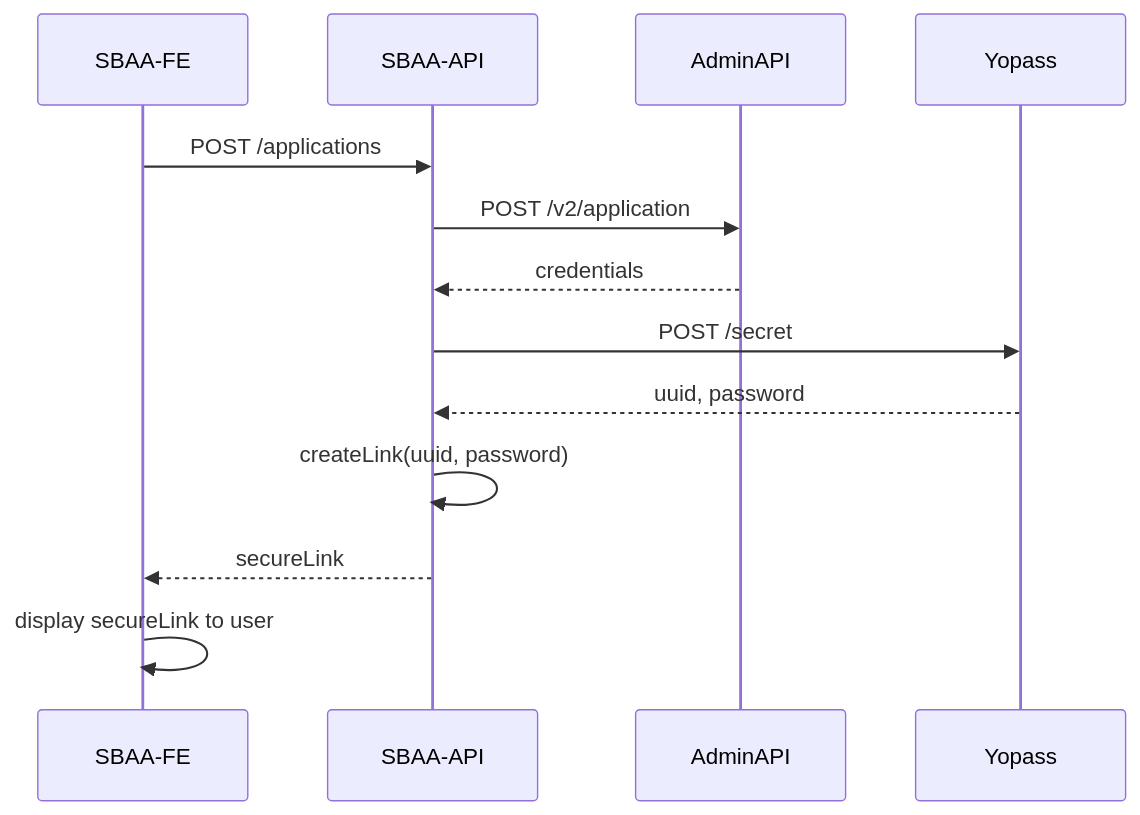
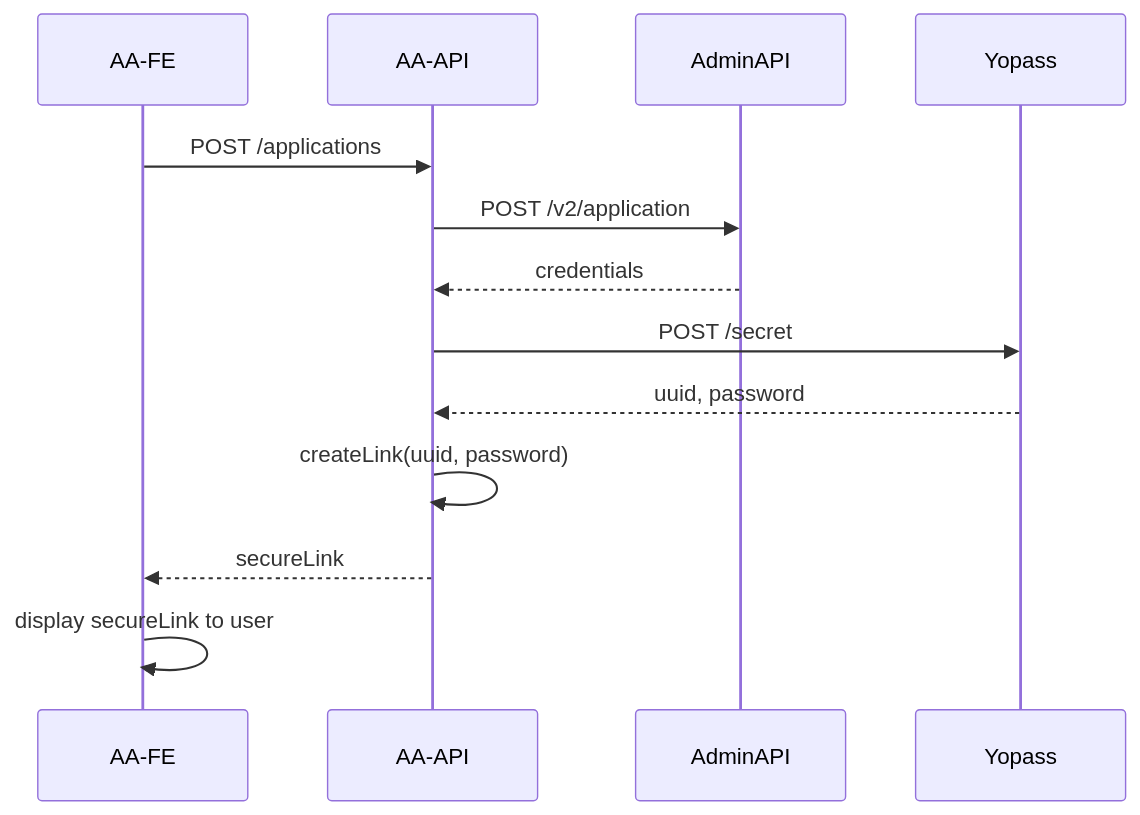
One commit to CSR2017/Ed-Fi-AdminApp changed the third of 3 diagrams in docs/ed-fi-system-architecture.md. Above: the diagram before and after it, drawn with Mermaid. The commit also changed other lines of this file and 17 other files, not shown here.

````diff
--- a/docs/ed-fi-system-architecture.md
+++ b/docs/ed-fi-system-architecture.md
@@ -123,14 +117,14 @@
 ```mermaid
 sequenceDiagram
-    SBAA-FE->>SBAA-API: POST /applications
-    SBAA-API->>AdminAPI: POST /v2/application
-    AdminAPI-->>SBAA-API: credentials
+    AA-FE->>AA-API: POST /applications
+    AA-API->>AdminAPI: POST /v2/application
+    AdminAPI-->>AA-API: credentials
 
-    SBAA-API->>Yopass: POST /secret
-    Yopass-->>SBAA-API: uuid, password
-    SBAA-API->>SBAA-API: createLink(uuid, password)
+    AA-API->>Yopass: POST /secret
+    Yopass-->>AA-API: uuid, password
+    AA-API->>AA-API: createLink(uuid, password)
 
-    SBAA-API-->>SBAA-FE: secureLink
+    AA-API-->>AA-FE: secureLink
 
-    SBAA-FE->>SBAA-FE: display secureLink to user
+    AA-FE->>AA-FE: display secureLink to user
 ```
````
